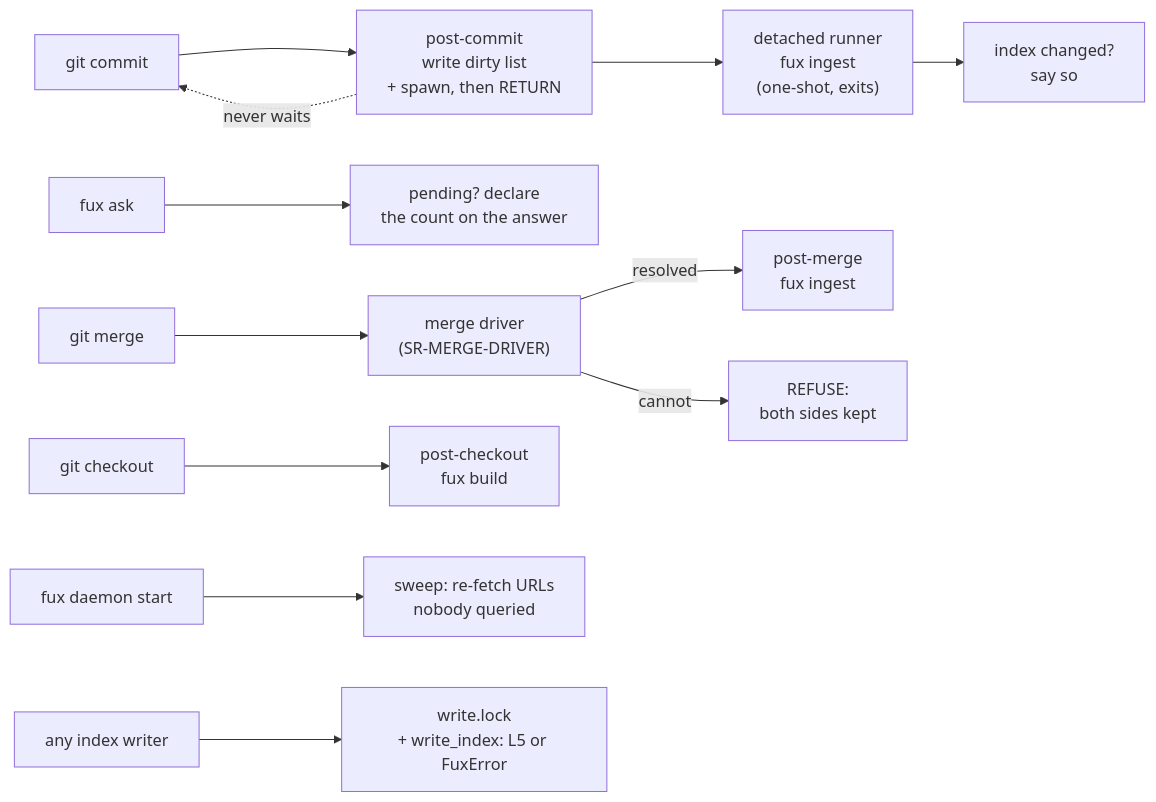
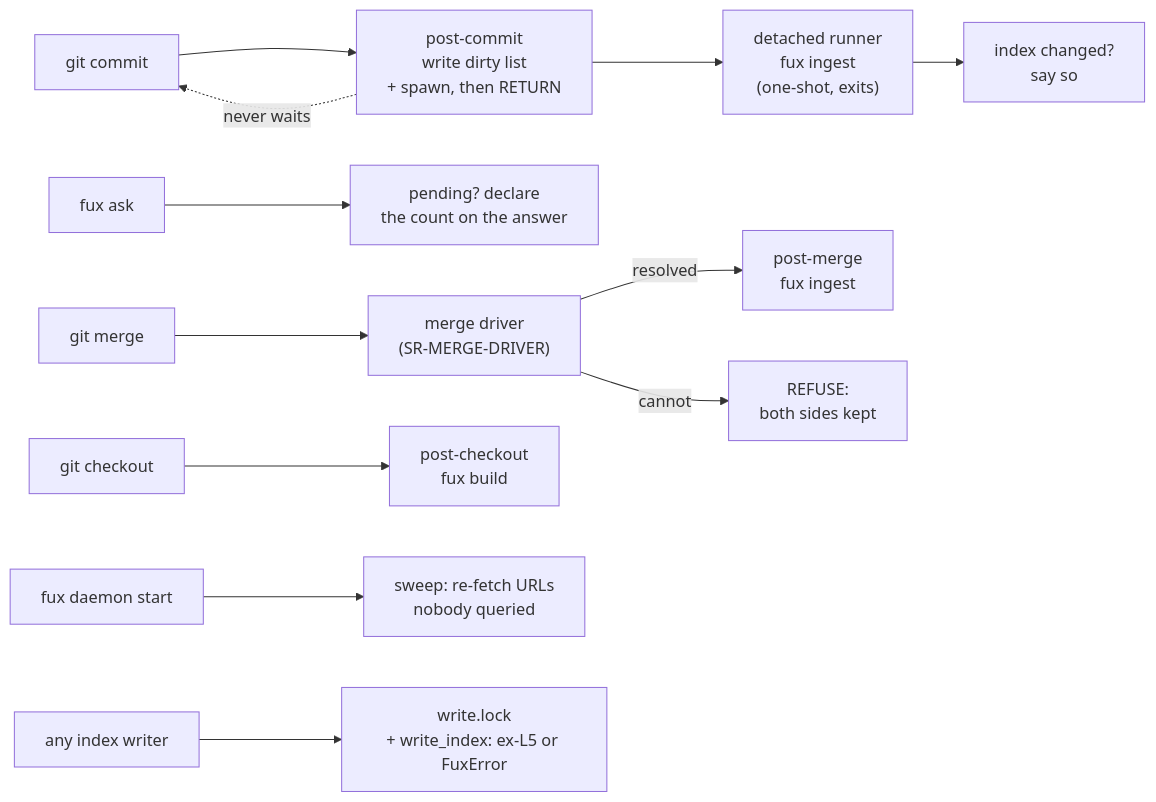
One commit to arpitarya/fux changed the diagram in records/0129_hooks.md. Above: the diagram before and after it, drawn with Mermaid. The commit also changed other lines of this file and 351 other files, not shown here.

````diff
--- a/records/0129_hooks.md
+++ b/records/0129_hooks.md
@@ -45,14 +45,14 @@
 ```mermaid
 flowchart LR
     C["git commit"] --> PC["post-commit<br/>write dirty list<br/>+ spawn, then RETURN"]
     PC --> RUN["detached runner<br/>fux ingest<br/>(one-shot, exits)"]
     RUN --> N["index changed?<br/>say so"]
     PC -.->|"never waits"| C
     ASK["fux ask"] --> W8["pending? declare<br/>the count on the answer"]
     M["git merge"] --> MD["merge driver<br/>(SR-MERGE-DRIVER)"]
     MD -->|resolved| PM["post-merge<br/>fux ingest"]
     MD -->|"cannot"| R["REFUSE:<br/>both sides kept"]
     K["git checkout"] --> PK["post-checkout<br/>fux build"]
     D["fux daemon start"] --> SW["sweep: re-fetch URLs<br/>nobody queried"]
-    W["any index writer"] --> L5["write.lock<br/>+ write_index: L5 or FuxError"]
+    W["any index writer"] --> ex-L5["write.lock<br/>+ write_index: ex-L5 or FuxError"]
 ```
````
